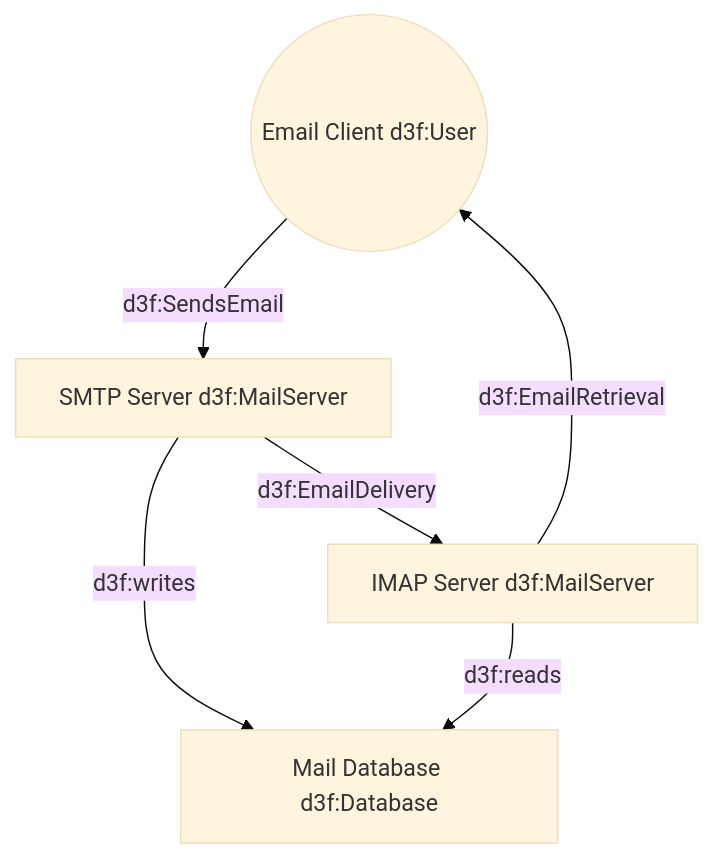
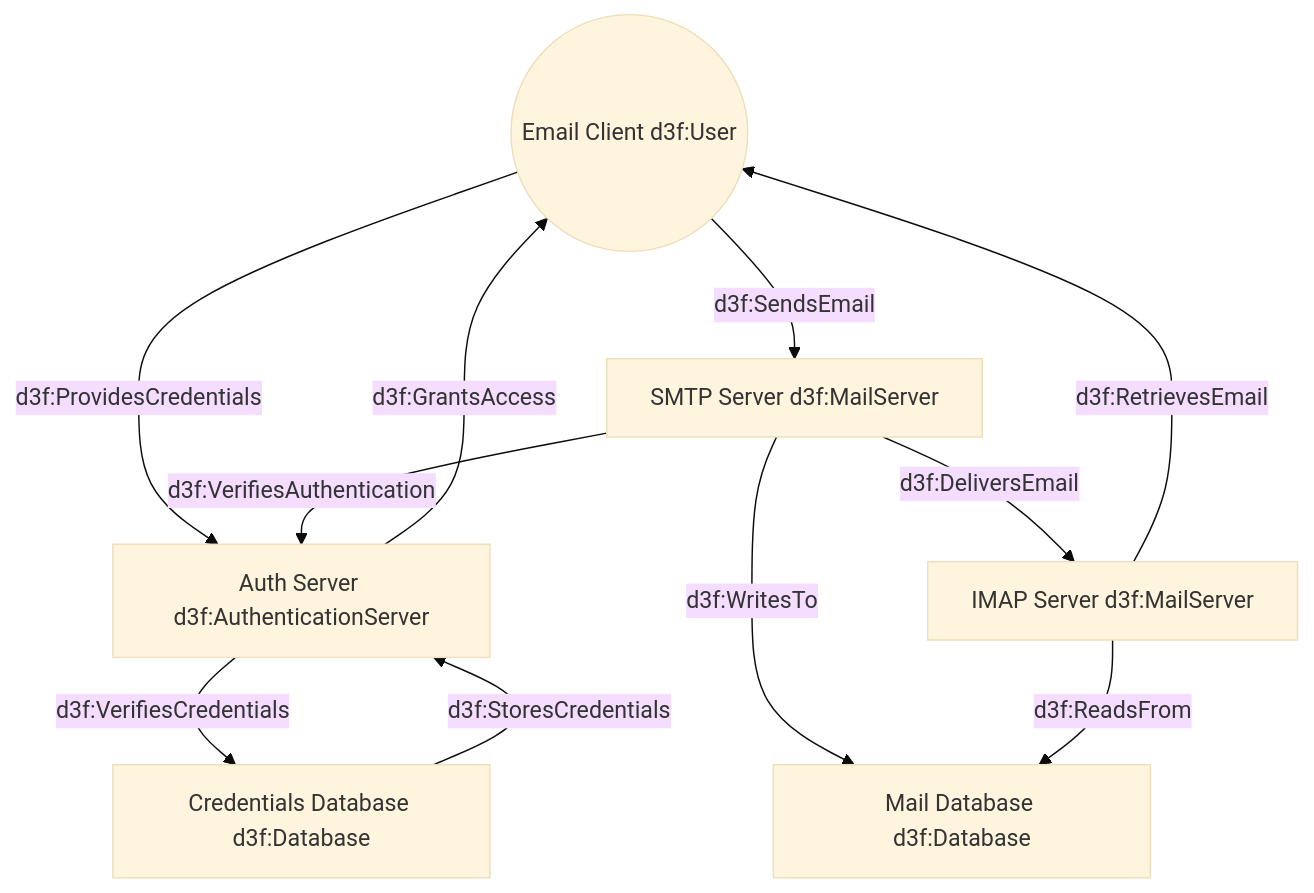
The diagram in test.md (luiigirusso/CyberSA-RAG), drawn with Mermaid (base theme) before and after one commit. The commit also changed other lines of this file and 7 other files, not shown here.

````diff
--- a/test.md
+++ b/test.md
@@ -3,14 +3,24 @@
 ```mermaid
 graph TD;
     user(("Email Client d3f:User"));
     smtp["SMTP Server d3f:MailServer"];
     imap["IMAP Server d3f:MailServer"];
     maildb["Mail Database d3f:Database"];
+    auth["Auth Server d3f:AuthenticationServer"];
+    cred_db["Credentials Database d3f:Database"];
+
+    user -->|"d3f:ProvidesCredentials"| auth;
+    auth -->|"d3f:VerifiesCredentials"| cred_db;
+    cred_db -->|"d3f:StoresCredentials"| auth;
+    auth -->|"d3f:GrantsAccess"| user;
 
     user -->|"d3f:SendsEmail"| smtp;
-    smtp -->|"d3f:EmailDelivery"| imap;
-    imap -->|"d3f:EmailRetrieval"| user;
-    smtp -->|"d3f:writes"| maildb;
-    imap -->|"d3f:reads"| maildb;
+    smtp -->|"d3f:VerifiesAuthentication"| auth;
+    smtp -->|"d3f:DeliversEmail"| imap;
+    imap -->|"d3f:RetrievesEmail"| user;
+    smtp -->|"d3f:WritesTo"| maildb;
+    imap -->|"d3f:ReadsFrom"| maildb;
+
+
 
 ```
````
